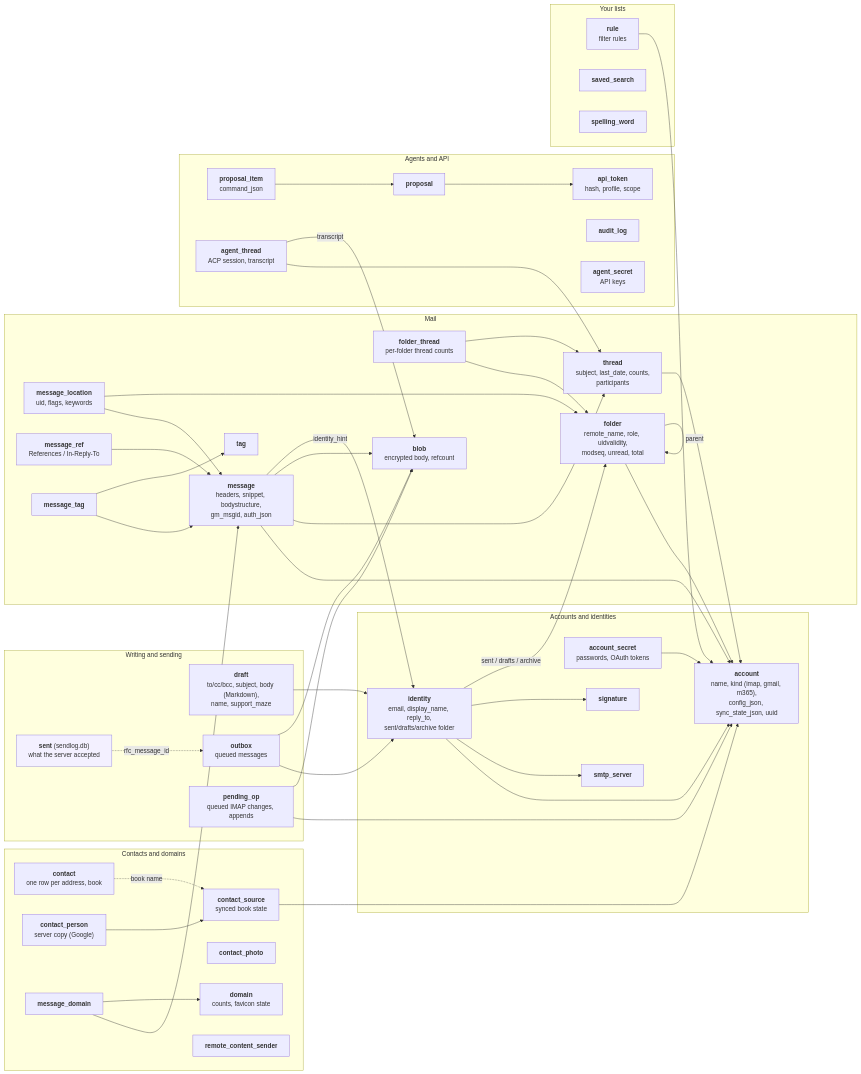
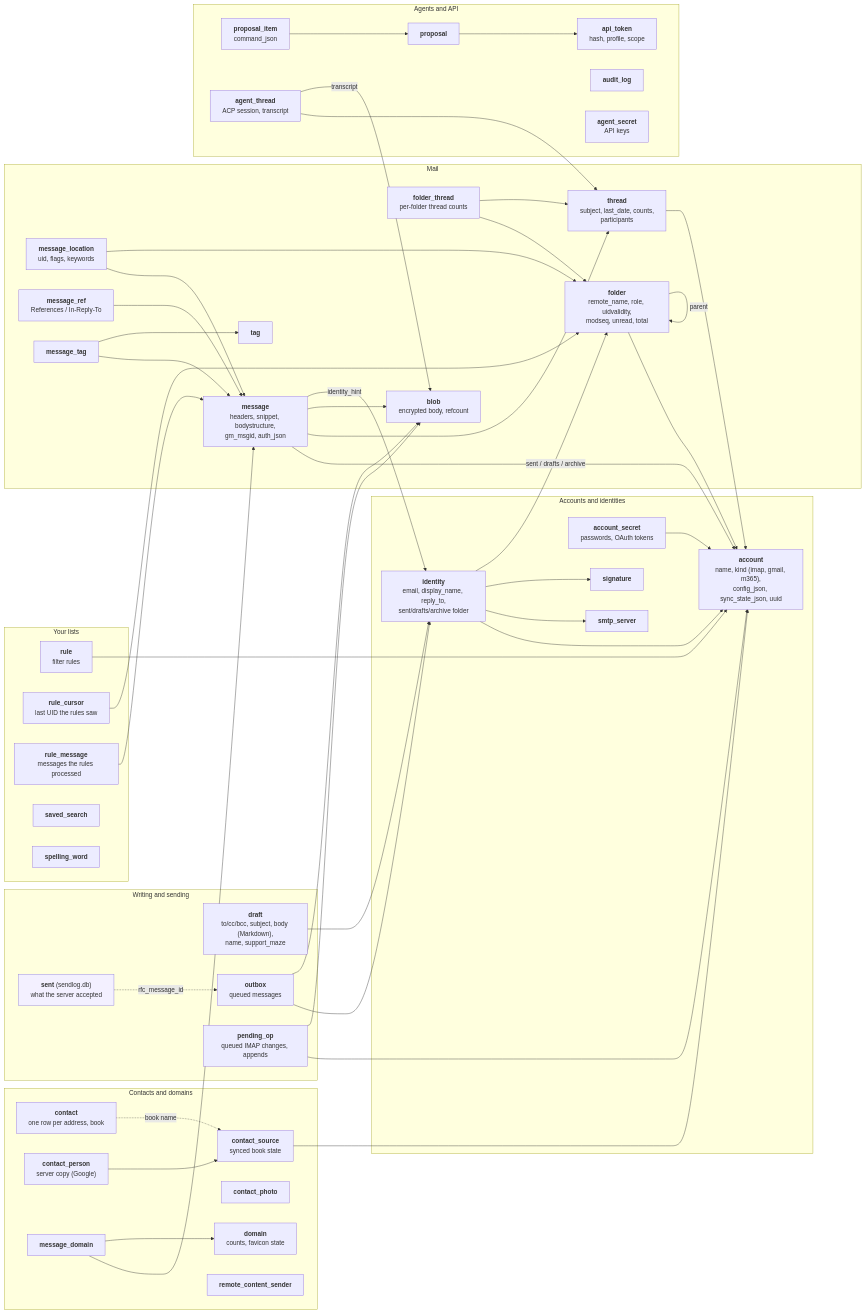
One commit to pmig/maze changed the diagram in docs/data-model.md. Above: the diagram before and after it, drawn with Mermaid. The commit also changed other lines of this file and 56 other files, not shown here.

First line of the commit message:
feat(rules): run message rules on new mail

````diff
--- a/docs/data-model.md
+++ b/docs/data-model.md
@@ -61,6 +61,8 @@
 
   subgraph USER["Your lists"]
     rule["<b>rule</b><br/>filter rules"]
+    rule_cursor["<b>rule_cursor</b><br/>last UID the rules saw"]
+    rule_message["<b>rule_message</b><br/>messages the rules processed"]
     saved_search["<b>saved_search</b>"]
     spelling_word["<b>spelling_word</b>"]
   end
@@ -100,4 +102,6 @@
   agent_thread --> thread
   agent_thread -->|transcript| blob
   rule --> account
+  rule_cursor --> folder
+  rule_message --> message
 ```
````
